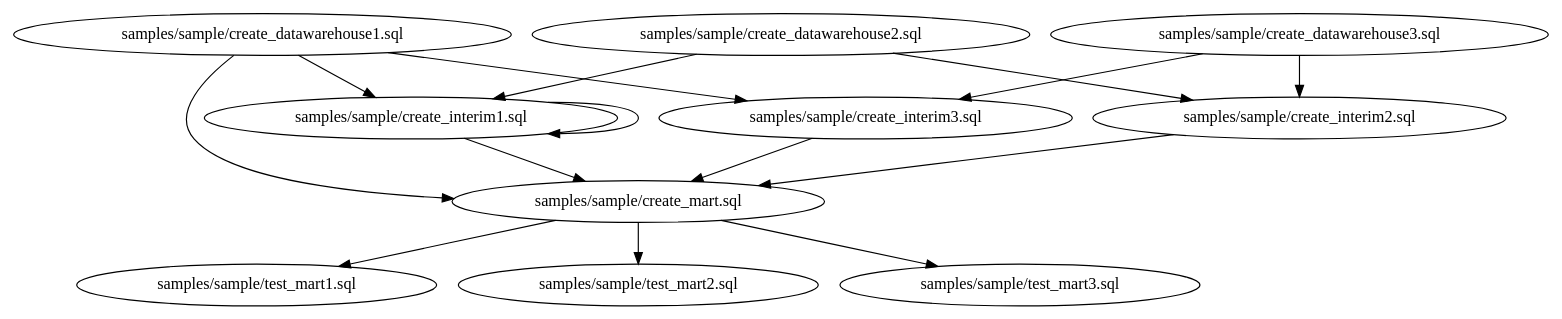
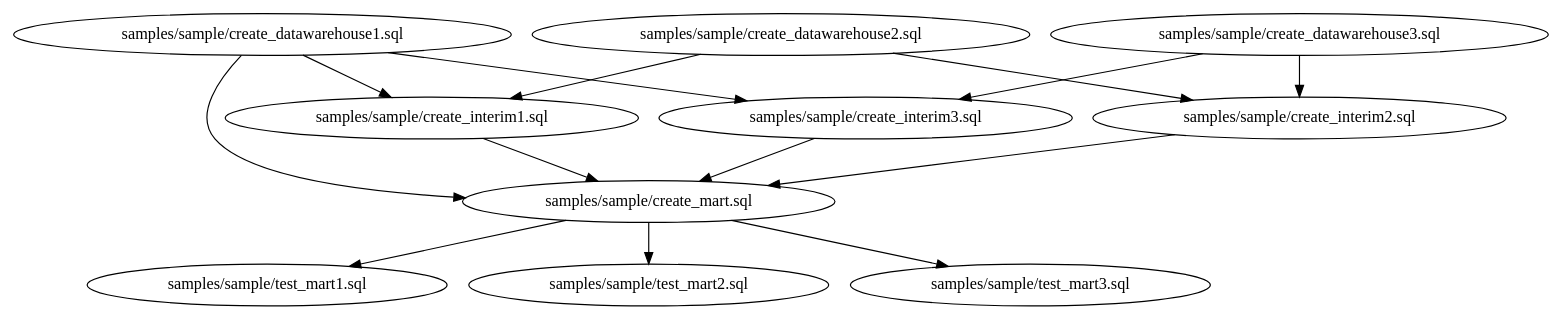
One commit to Matts966/alphasql changed the diagram in samples/sample/side_effect_first/dag.dot. Above: the diagram before and after it, drawn with Graphviz. The commit also changed 13 other files, not shown here.

```diff
--- a/samples/sample/side_effect_first/dag.dot
+++ b/samples/sample/side_effect_first/dag.dot
@@ -1,26 +1,25 @@
 digraph G {
 0 [label="samples/sample/create_datawarehouse1.sql", shape="", type=query];
 1 [label="samples/sample/create_datawarehouse2.sql", shape="", type=query];
 2 [label="samples/sample/create_datawarehouse3.sql", shape="", type=query];
 3 [label="samples/sample/create_interim1.sql", shape="", type=query];
 4 [label="samples/sample/create_interim2.sql", shape="", type=query];
 5 [label="samples/sample/create_interim3.sql", shape="", type=query];
 6 [label="samples/sample/create_mart.sql", shape="", type=query];
 7 [label="samples/sample/test_mart1.sql", shape="", type=query];
 8 [label="samples/sample/test_mart2.sql", shape="", type=query];
 9 [label="samples/sample/test_mart3.sql", shape="", type=query];
 0->3 ;
 0->5 ;
 0->6 ;
 1->3 ;
 1->4 ;
 2->5 ;
 2->4 ;
-3->3 ;
 3->6 ;
 4->6 ;
 5->6 ;
 6->9 ;
 6->8 ;
 6->7 ;
 }
```
